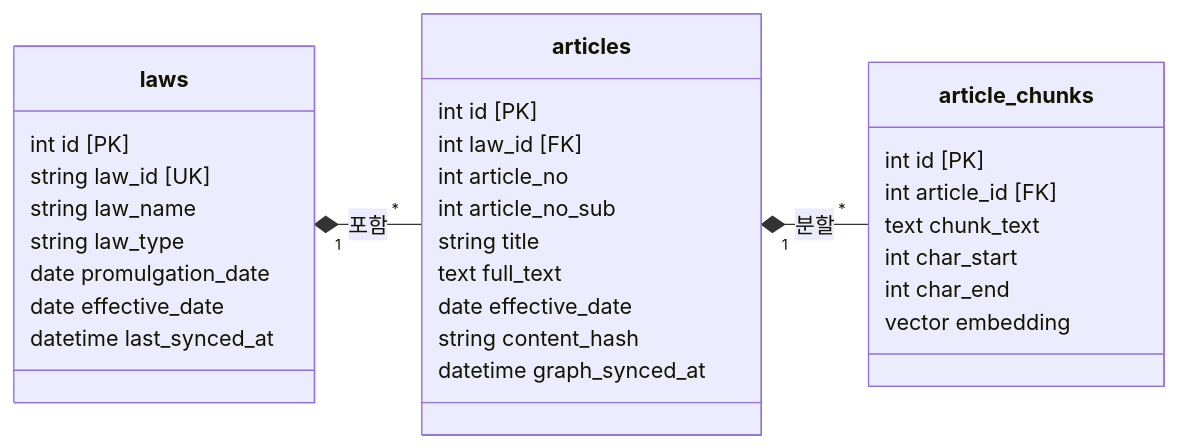
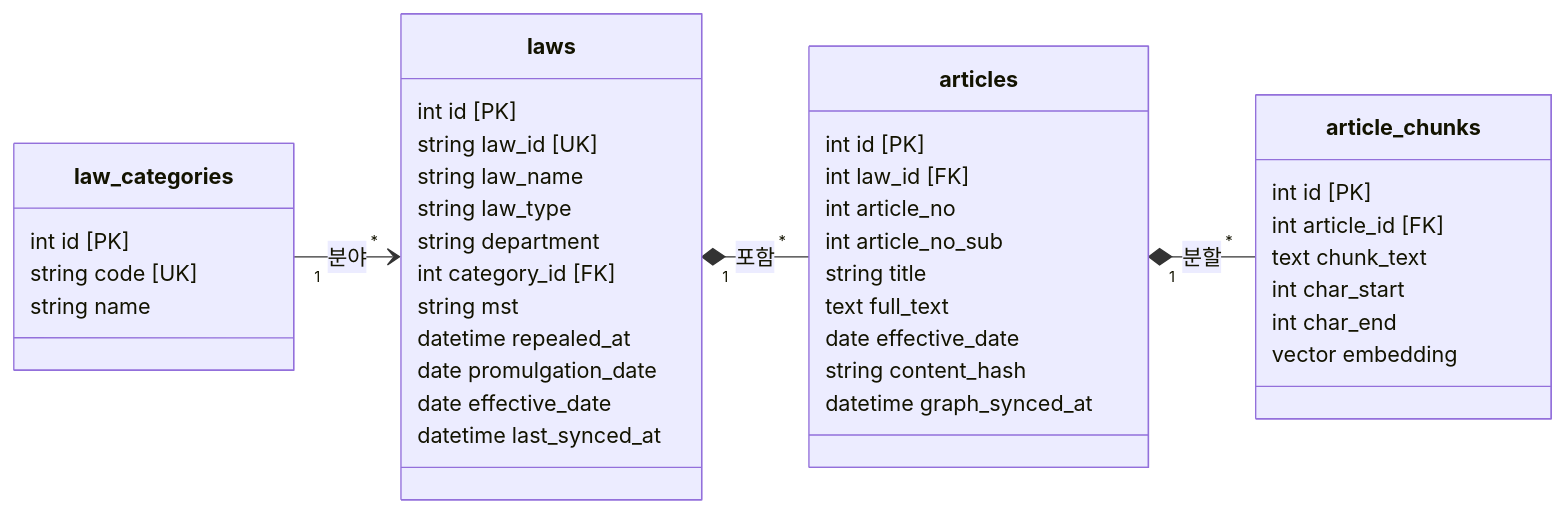
One commit to hugingstar/LawGraphRAG changed the second of 4 diagrams in README.md. Above: the diagram before and after it, drawn with Mermaid. The commit also changed other lines of this file and 11 other files, not shown here.

````diff
--- a/README.md
+++ b/README.md
@@ -159,38 +168,49 @@
 ```mermaid
 classDiagram
     direction LR
-    
+
+    class law_categories {
+        int id [PK]
+        string code [UK]
+        string name
+    }
+
     class laws {
         int id [PK]
         string law_id [UK]
         string law_name
         string law_type
+        string department
+        int category_id [FK]
+        string mst
+        datetime repealed_at
         date promulgation_date
         date effective_date
         datetime last_synced_at
     }
     
     class articles {
         int id [PK]
         int law_id [FK]
         int article_no
         int article_no_sub
         string title
         text full_text
         date effective_date
         string content_hash
         datetime graph_synced_at
     }
     
     class article_chunks {
         int id [PK]
         int article_id [FK]
         text chunk_text
         int char_start
         int char_end
         vector embedding
     }
 
+    law_categories "1" --> "*" laws : 분야
     laws "1" *-- "*" articles : 포함
     articles "1" *-- "*" article_chunks : 분할
 ```
````
